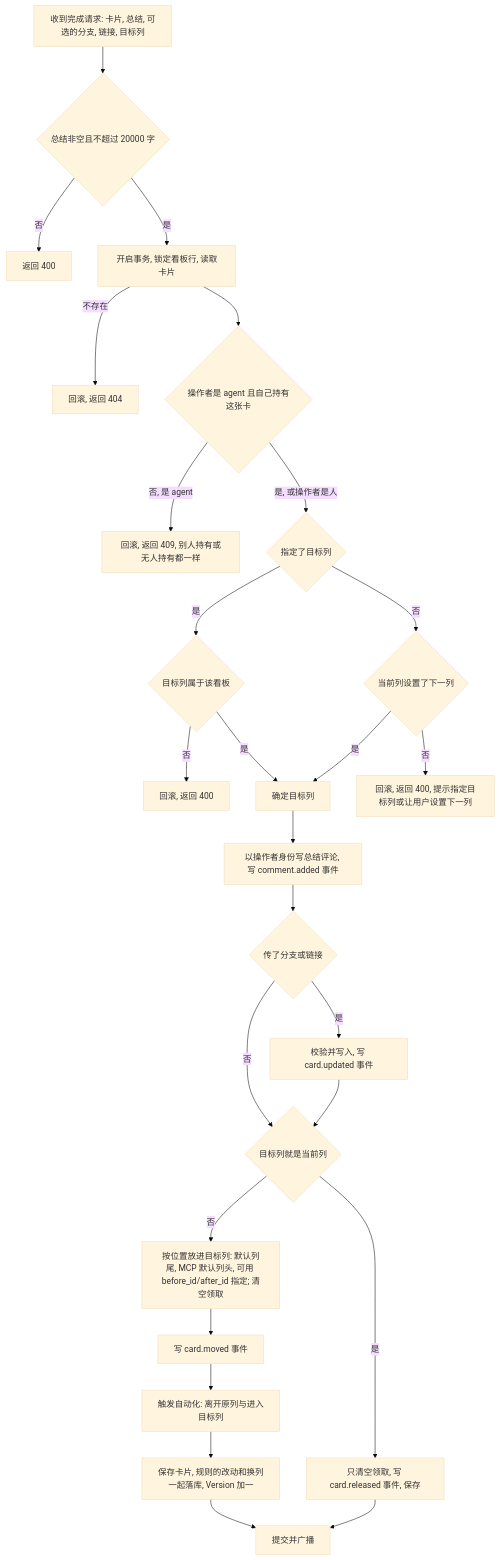
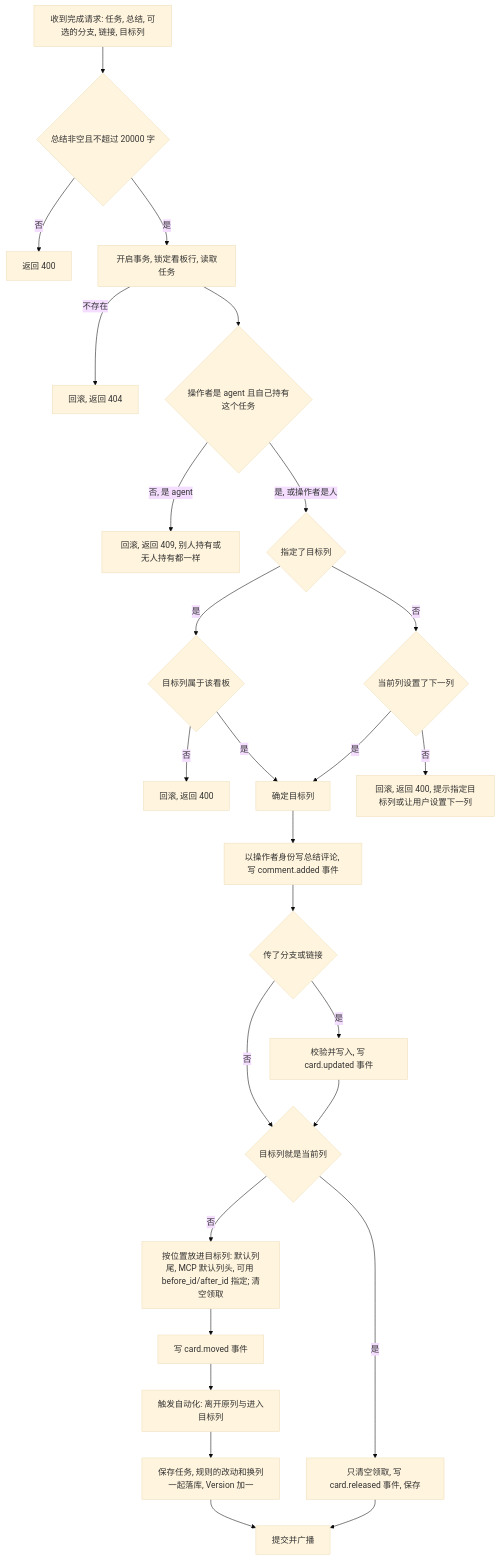
Before and after one commit to ixugo/slate-kanban: the fourth of 5 diagrams in .cursor/scopes/kanban.claim.go.md, drawn with Mermaid (base theme). The commit also changed other lines of this file and 49 other files, not shown here.

````diff
--- a/.cursor/scopes/kanban.claim.go.md
+++ b/.cursor/scopes/kanban.claim.go.md
@@ -109,28 +109,28 @@
 ```mermaid
 flowchart TD
-    A[收到完成请求: 卡片, 总结, 可选的分支, 链接, 目标列] --> B{总结非空且不超过 20000 字}
+    A[收到完成请求: 任务, 总结, 可选的分支, 链接, 目标列] --> B{总结非空且不超过 20000 字}
     B -->|否| Z1[返回 400]
-    B -->|是| C[开启事务, 锁定看板行, 读取卡片]
+    B -->|是| C[开启事务, 锁定看板行, 读取任务]
     C -->|不存在| Z2[回滚, 返回 404]
-    C --> D{操作者是 agent 且自己持有这张卡}
+    C --> D{操作者是 agent 且自己持有这个任务}
     D -->|否, 是 agent| Z3[回滚, 返回 409, 别人持有或无人持有都一样]
     D -->|是, 或操作者是人| E{指定了目标列}
     E -->|是| F{目标列属于该看板}
     F -->|否| Z4[回滚, 返回 400]
     F -->|是| I
     E -->|否| G{当前列设置了下一列}
     G -->|否| Z5[回滚, 返回 400, 提示指定目标列或让用户设置下一列]
     G -->|是| I[确定目标列]
     I --> J[以操作者身份写总结评论, 写 comment.added 事件]
     J --> K{传了分支或链接}
     K -->|是| L[校验并写入, 写 card.updated 事件]
     K -->|否| M
     L --> M{目标列就是当前列}
     M -->|是| M2[只清空领取, 写 card.released 事件, 保存]
     M -->|否| M3[按位置放进目标列: 默认列尾, MCP 默认列头, 可用 before_id/after_id 指定; 清空领取]
     M3 --> N[写 card.moved 事件]
     N --> O[触发自动化: 离开原列与进入目标列]
-    O --> O2[保存卡片, 规则的改动和换列一起落库, Version 加一]
+    O --> O2[保存任务, 规则的改动和换列一起落库, Version 加一]
     O2 --> P[提交并广播]
     M2 --> P
 ```
````
